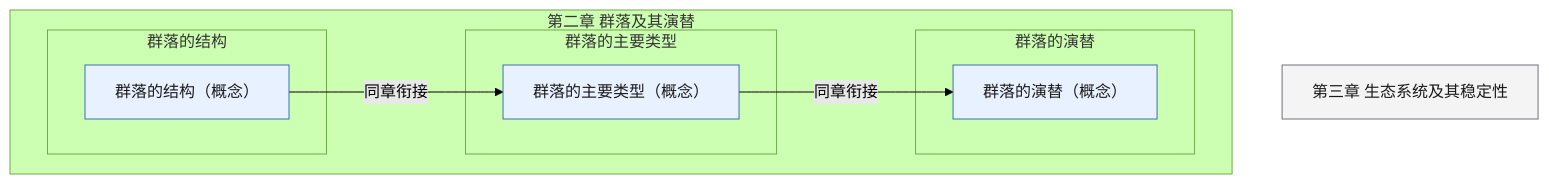
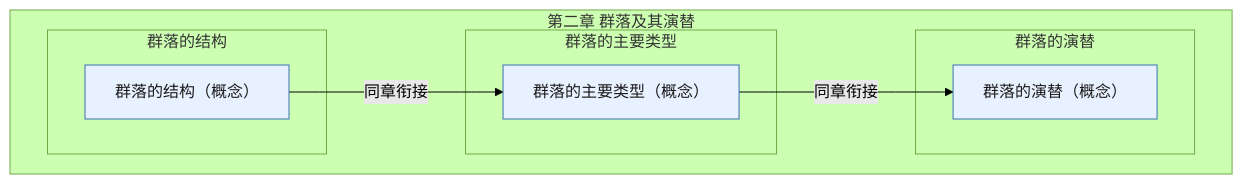
One commit to lihenair/high-school-ai-tutor-skill changed the diagram in skills/high-school-ai-tutor/references/pep-bio-xbx2-ch2.md. Above: the diagram before and after it, drawn with Mermaid (forest theme). The commit also changed 26 other files, not shown here.

First line of the commit message:
feat(bio): 跨教材知识联系图谱——占位符清退 + 53 条组合边 + 联系图谱文档

````diff
--- a/skills/high-school-ai-tutor/references/pep-bio-xbx2-ch2.md
+++ b/skills/high-school-ai-tutor/references/pep-bio-xbx2-ch2.md
@@ -5,21 +5,20 @@
 ```mermaid
 flowchart TD
   classDef concept fill:#E8F1FF,stroke:#3B6FB6,color:#1A1A1A
   classDef skill fill:#E7F6EE,stroke:#2E7D4F,color:#1A1A1A
   classDef experiment fill:#FFF4E5,stroke:#C47B17,color:#1A1A1A
   classDef later fill:#F4F4F5,stroke:#71717A,color:#1A1A1A
   subgraph ch["第二章 群落及其演替"]
     subgraph s1["群落的结构"]
       kp_community_structure["群落的结构（概念）"]:::concept
     end
     subgraph s2["群落的主要类型"]
       kp_community_types["群落的主要类型（概念）"]:::concept
     end
     subgraph s3["群落的演替"]
       kp_ecological_succession["群落的演替（概念）"]:::concept
     end
   end
-  xbx2_ch3["第三章 生态系统及其稳定性"]:::later
   kp_community_structure -->|同章衔接| kp_community_types
   kp_community_types -->|同章衔接| kp_ecological_succession
 ```
````
